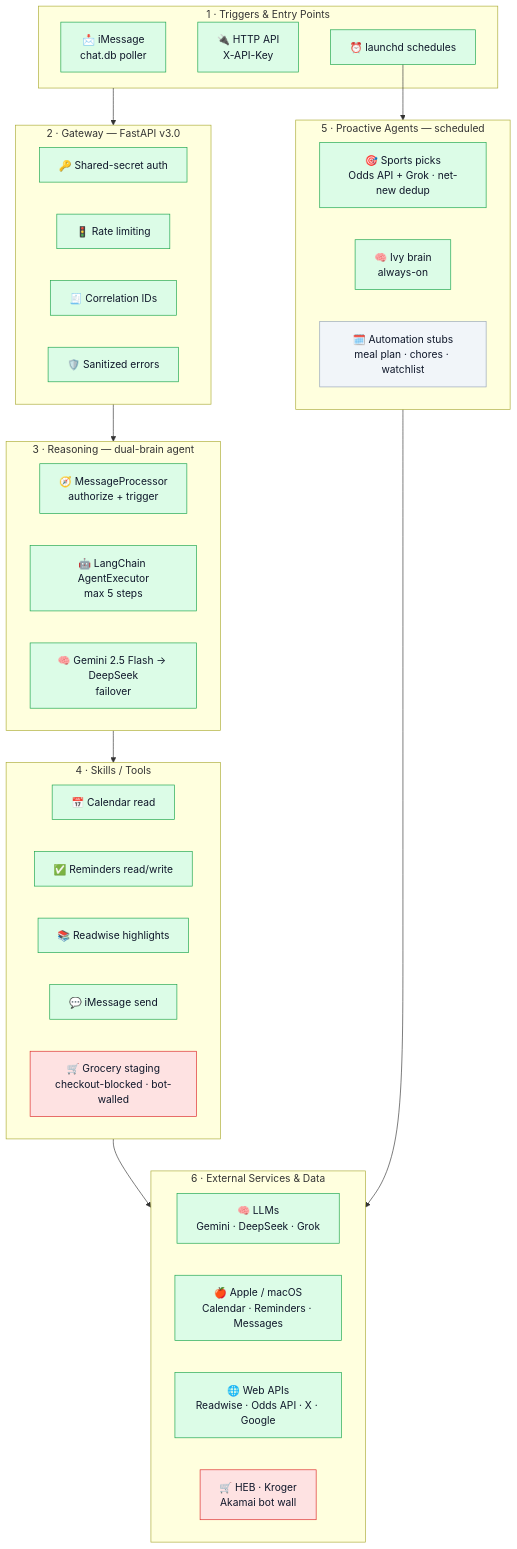
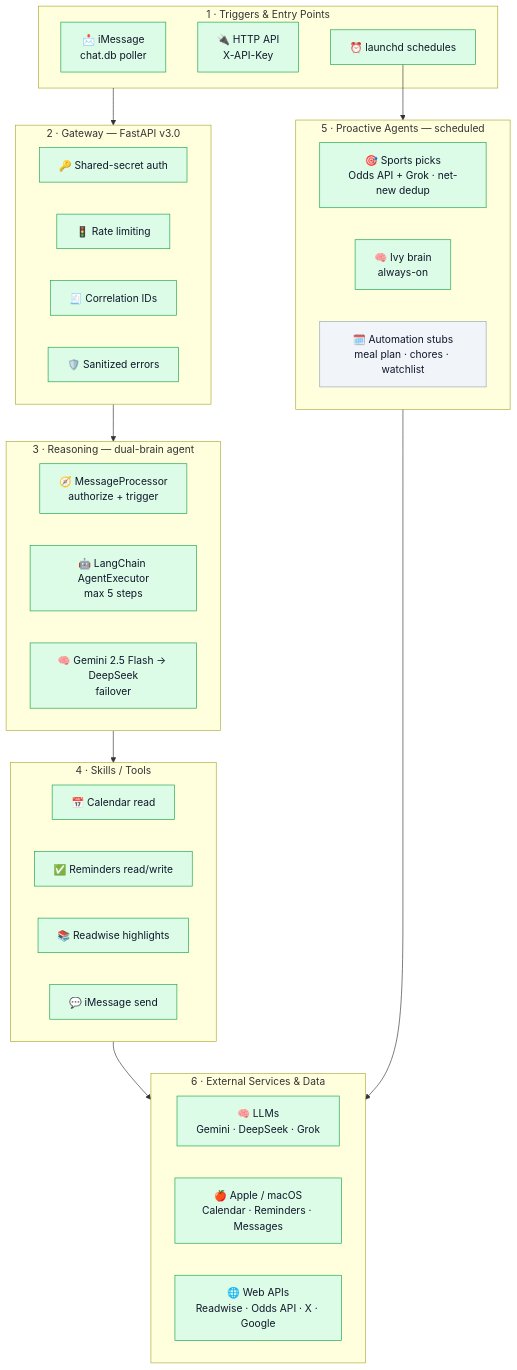
The diagram in ivy_architecture.md (ivy-admin11/Ivys-Base), drawn with Mermaid before and after one commit. The commit also changed other lines of this file and 9 other files, not shown here.

````diff
--- a/ivy_architecture.md
+++ b/ivy_architecture.md
@@ -7,49 +7,47 @@
 ```mermaid
 flowchart TD
   subgraph T["1 · Triggers &amp; Entry Points"]
     T1["📩 iMessage<br/>chat.db poller"]:::live
     T2["🔌 HTTP API<br/>X-API-Key"]:::live
     T3["⏰ launchd schedules"]:::live
   end
 
   subgraph G["2 · Gateway — FastAPI v3.0"]
     G1["🔑 Shared-secret auth"]:::live
     G2["🚦 Rate limiting"]:::live
     G3["🧾 Correlation IDs"]:::live
     G4["🛡️ Sanitized errors"]:::live
   end
 
   subgraph R["3 · Reasoning — dual-brain agent"]
     R1["🧭 MessageProcessor<br/>authorize + trigger"]:::live
     R2["🤖 LangChain AgentExecutor<br/>max 5 steps"]:::live
     R3["🧠 Gemini 2.5 Flash → DeepSeek<br/>failover"]:::live
   end
 
   subgraph S["4 · Skills / Tools"]
     S1["📅 Calendar read"]:::live
     S2["✅ Reminders read/write"]:::live
     S3["📚 Readwise highlights"]:::live
     S4["💬 iMessage send"]:::live
-    S5["🛒 Grocery staging<br/>checkout-blocked · bot-walled"]:::blocked
   end
 
   subgraph P["5 · Proactive Agents — scheduled"]
     P1["🎯 Sports picks<br/>Odds API + Grok · net-new dedup"]:::live
     P2["🧠 Ivy brain<br/>always-on"]:::live
     P3["🗓️ Automation stubs<br/>meal plan · chores · watchlist"]:::plan
   end
 
   subgraph X["6 · External Services &amp; Data"]
     X1["🧠 LLMs<br/>Gemini · DeepSeek · Grok"]:::live
     X2["🍎 Apple / macOS<br/>Calendar · Reminders · Messages"]:::live
     X3["🌐 Web APIs<br/>Readwise · Odds API · X · Google"]:::live
-    X4["🛒 HEB · Kroger<br/>Akamai bot wall"]:::blocked
   end
 
   T --> G --> R --> S --> X
   T3 --> P --> X
 
   classDef live fill:#dcfce7,stroke:#16a34a,color:#0f172a;
   classDef blocked fill:#fee2e2,stroke:#dc2626,color:#0f172a;
   classDef plan fill:#f1f5f9,stroke:#94a3b8,color:#0f172a;
 ```
````
